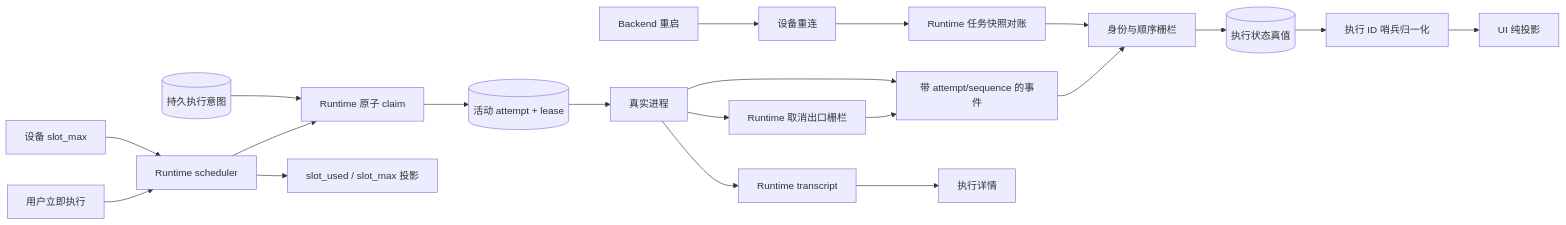
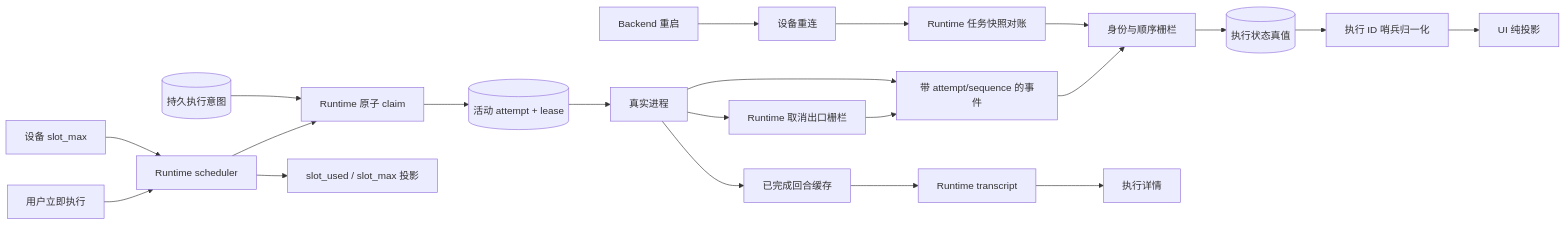
The first of 2 diagrams in docs/zh/architecture/project-execution-state.md (wecode-ai/Wegent), drawn with Mermaid before and after one commit. The commit also changed other lines of this file and 7 other files, not shown here.

````diff
--- a/docs/zh/architecture/project-execution-state.md
+++ b/docs/zh/architecture/project-execution-state.md
@@ -9,23 +9,24 @@
 ```mermaid
 flowchart LR
     INTENT[(持久执行意图)] --> CLAIM[Runtime 原子 claim]
     CLAIM --> ACTIVE[(活动 attempt + lease)]
     ACTIVE --> PROCESS[真实进程]
     PROCESS --> EVENT[带 attempt/sequence 的事件]
     RESTART[Backend 重启] --> RECONNECT[设备重连]
     RECONNECT --> SNAPSHOT[Runtime 任务快照对账]
     SNAPSHOT --> FENCE
     CANCEL_FENCE[Runtime 取消出口栅栏] --> EVENT
     PROCESS --> CANCEL_FENCE
     EVENT --> FENCE[身份与顺序栅栏]
     FENCE --> TRUTH[(执行状态真值)]
     TRUTH --> NORMALIZE[执行 ID 哨兵归一化]
     NORMALIZE --> VIEW
     VIEW[UI 纯投影]
     SETTINGS[设备 slot_max] --> SCHEDULER[Runtime scheduler]
     RUN_NOW[用户立即执行] --> SCHEDULER
     SCHEDULER --> CLAIM
     SCHEDULER --> CAPACITY[slot_used / slot_max 投影]
-    PROCESS --> TRANSCRIPT[Runtime transcript]
+    PROCESS --> TURN_CACHE[已完成回合缓存]
+    TURN_CACHE --> TRANSCRIPT[Runtime transcript]
     TRANSCRIPT --> DETAIL[执行详情]
 ```
````
